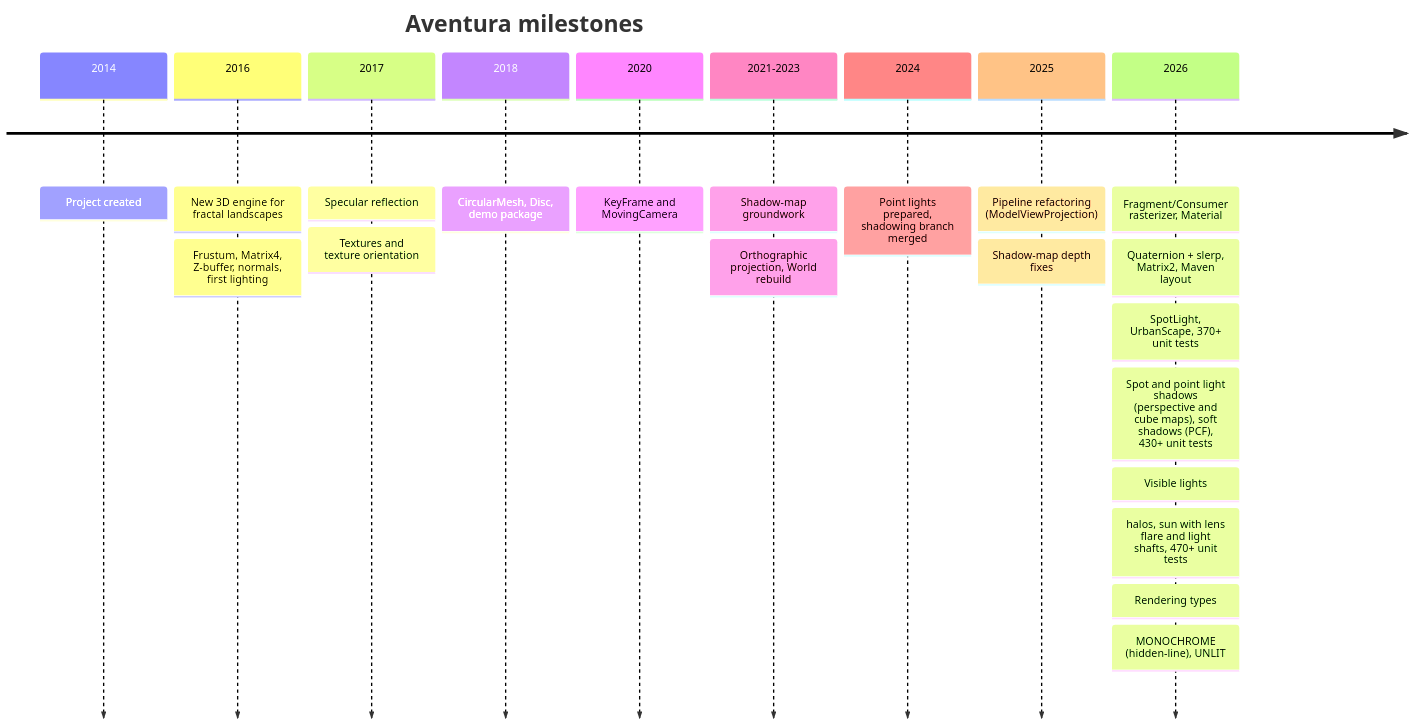
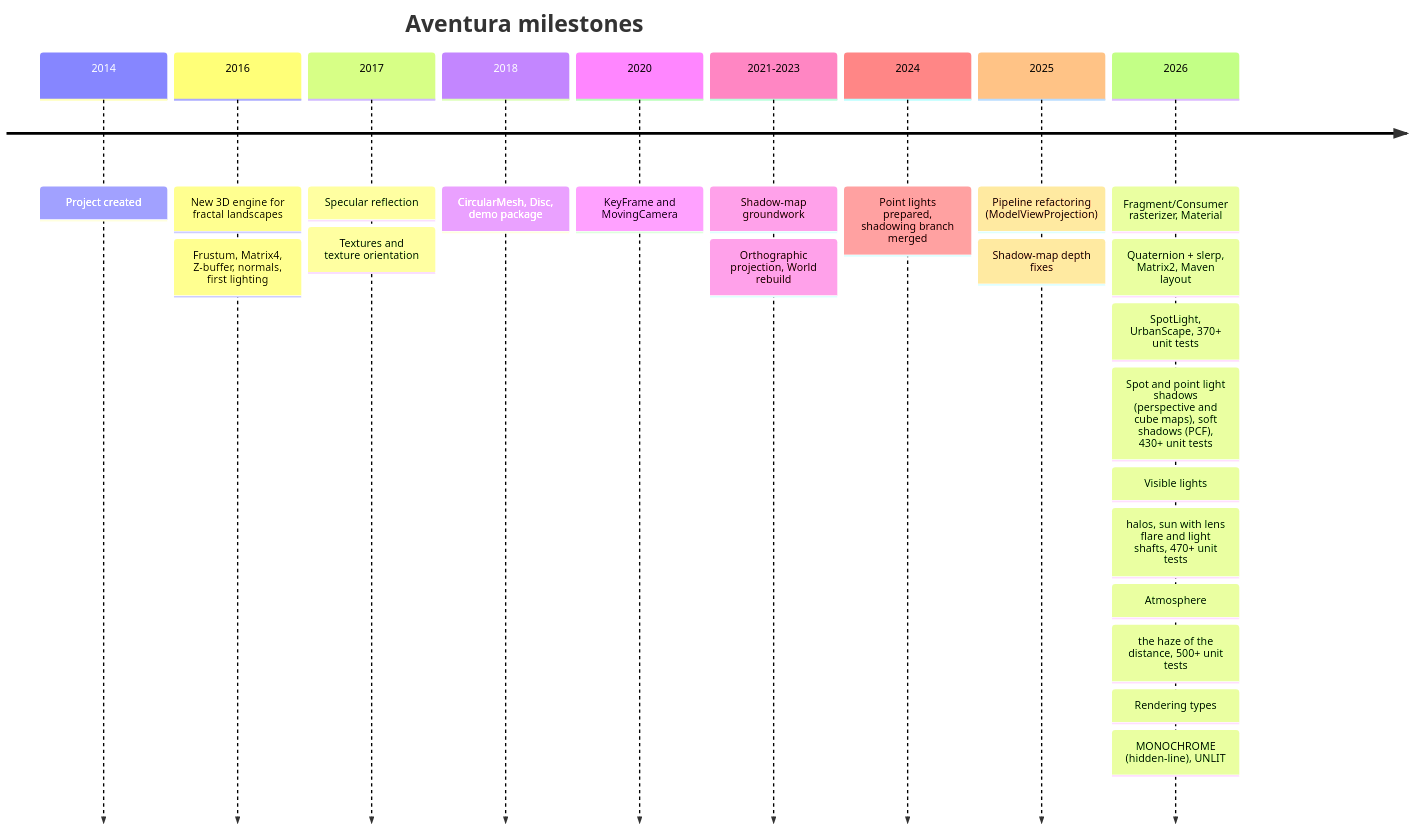
One commit to obarry/Aventura changed diagram 19 of 21 in docs/DESIGN.md. Above: the diagram before and after it, drawn with Mermaid. The commit also changed other lines of this file and 20 other files, not shown here.

First line of the commit message:
Add the atmosphere: haze of the distance (World, RenderContext, SceneViewer, demos)

````diff
--- a/docs/DESIGN.md
+++ b/docs/DESIGN.md
@@ -841,22 +881,23 @@
 ```mermaid
 timeline
     title Aventura milestones
     2014 : Project created
     2016 : New 3D engine for fractal landscapes
          : Frustum, Matrix4, Z-buffer, normals, first lighting
     2017 : Specular reflection
          : Textures and texture orientation
     2018 : CircularMesh, Disc, demo package
     2020 : KeyFrame and MovingCamera
     2021-2023 : Shadow-map groundwork
               : Orthographic projection, World rebuild
     2024 : Point lights prepared, shadowing branch merged
     2025 : Pipeline refactoring (ModelViewProjection)
          : Shadow-map depth fixes
     2026 : Fragment/Consumer rasterizer, Material
          : Quaternion + slerp, Matrix2, Maven layout
          : SpotLight, UrbanScape, 370+ unit tests
          : Spot and point light shadows (perspective and cube maps), soft shadows (PCF), 430+ unit tests
          : Visible lights: halos, sun with lens flare and light shafts, 470+ unit tests
+         : Atmosphere: the haze of the distance, 500+ unit tests
          : Rendering types: MONOCHROME (hidden-line), UNLIT
 ```
````
